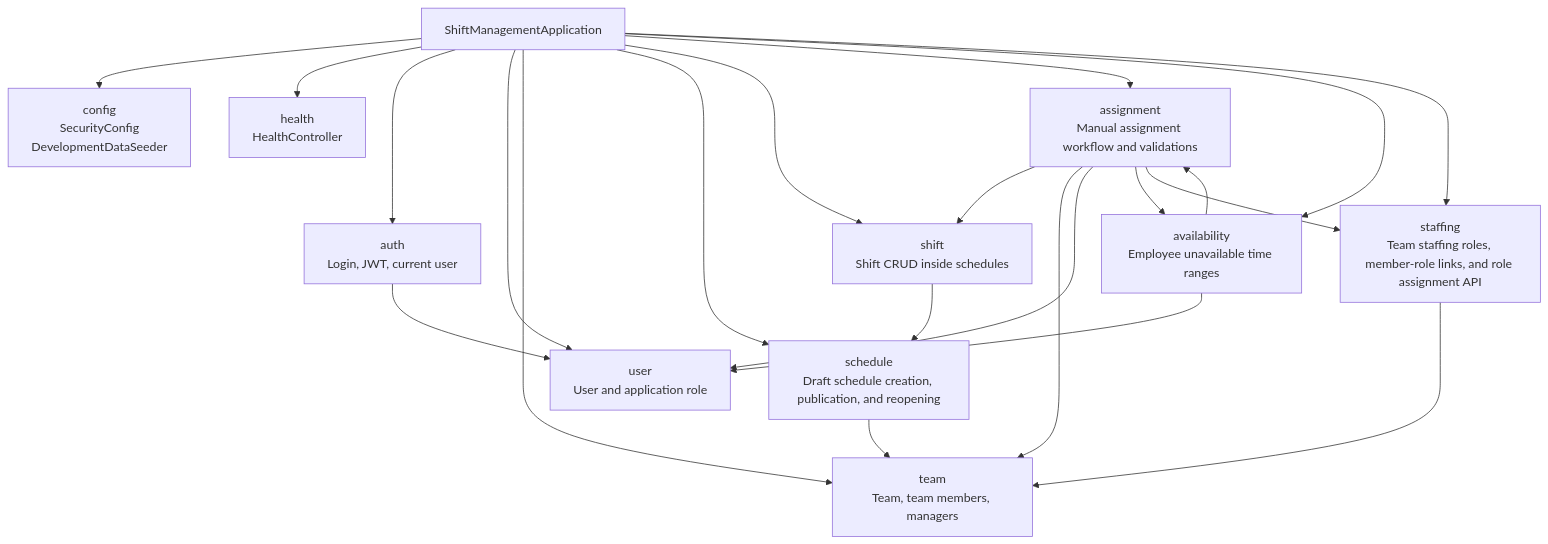
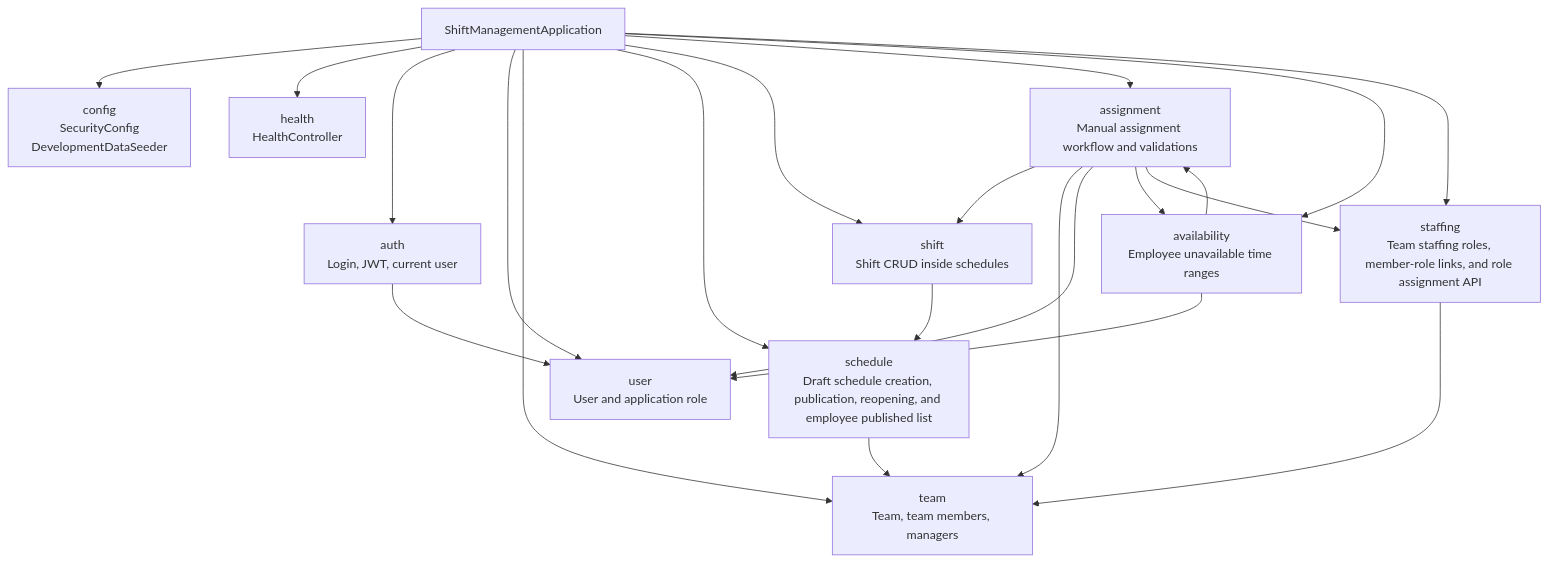
Before and after one commit to HiliMor/shift-management-system: the second of 12 diagrams in docs/current-backend-architecture.md, drawn with Mermaid. The commit also changed other lines of this file and 7 other files, not shown here.

Commit message:
Add employee published schedule list

````diff
--- a/docs/current-backend-architecture.md
+++ b/docs/current-backend-architecture.md
@@ -30,38 +30,38 @@
 ```mermaid
 flowchart TD
     app["ShiftManagementApplication"]
 
     config["config<br/>SecurityConfig<br/>DevelopmentDataSeeder"]
     health["health<br/>HealthController"]
     auth["auth<br/>Login, JWT, current user"]
     user["user<br/>User and application role"]
     team["team<br/>Team, team members, managers"]
-    schedule["schedule<br/>Draft schedule creation, publication, and reopening"]
+    schedule["schedule<br/>Draft schedule creation, publication, reopening, and employee published list"]
     shift["shift<br/>Shift CRUD inside schedules"]
     assignment["assignment<br/>Manual assignment workflow and validations"]
     availability["availability<br/>Employee unavailable time ranges"]
     staffing["staffing<br/>Team staffing roles, member-role links, and role assignment API"]
 
     app --> config
     app --> health
     app --> auth
     app --> user
     app --> team
     app --> schedule
     app --> shift
     app --> assignment
     app --> availability
     app --> staffing
 
     auth --> user
     schedule --> team
     shift --> schedule
     assignment --> shift
     assignment --> team
     assignment --> user
     assignment --> availability
     assignment --> staffing
     availability --> user
     availability --> assignment
     staffing --> team
 ```
````
